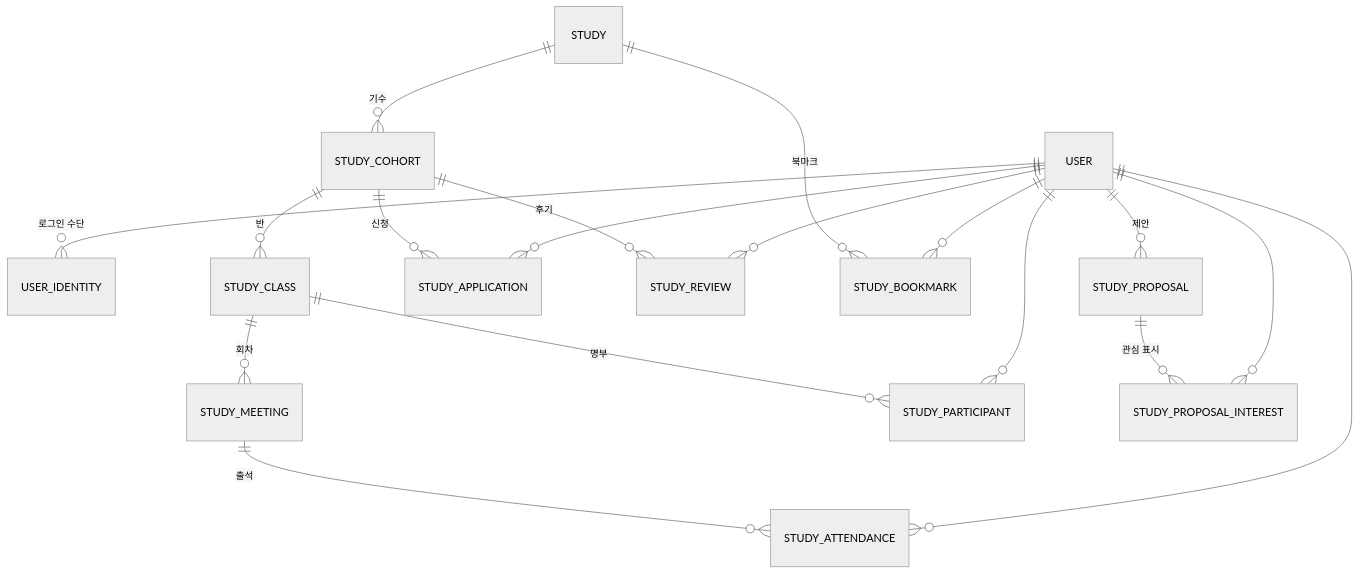
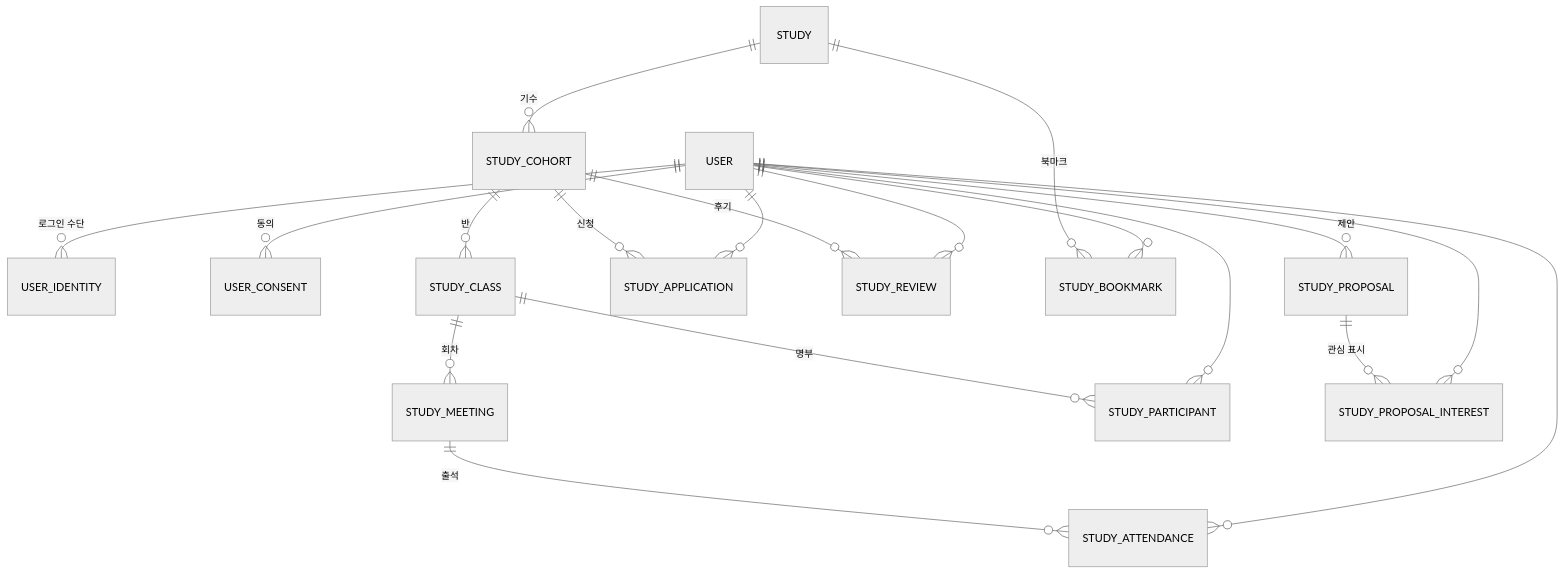
The first of 2 diagrams in docs/erd/README.md (StudyClub-PlusPlus/studyclub-engineering), drawn with Mermaid (neutral theme) before and after one commit. The commit also changed other lines of this file and 3 other files, not shown here.

Commit message:
커뮤니티 스쿼드 회의 결정사안 ERD 수정완료

````diff
--- a/docs/erd/README.md
+++ b/docs/erd/README.md
@@ -42,20 +42,21 @@
 ```mermaid
 erDiagram
   USER ||--o{ USER_IDENTITY : "로그인 수단"
+  USER ||--o{ USER_CONSENT : "동의"
   STUDY ||--o{ STUDY_COHORT : "기수"
   STUDY_COHORT ||--o{ STUDY_CLASS : "반"
   STUDY_CLASS ||--o{ STUDY_MEETING : "회차"
   STUDY_MEETING ||--o{ STUDY_ATTENDANCE : "출석"
   USER ||--o{ STUDY_ATTENDANCE : ""
   STUDY_COHORT ||--o{ STUDY_APPLICATION : "신청"
   USER ||--o{ STUDY_APPLICATION : ""
   STUDY_CLASS ||--o{ STUDY_PARTICIPANT : "명부"
   USER ||--o{ STUDY_PARTICIPANT : ""
   STUDY_COHORT ||--o{ STUDY_REVIEW : "후기"
   USER ||--o{ STUDY_REVIEW : ""
   STUDY ||--o{ STUDY_BOOKMARK : "북마크"
   USER ||--o{ STUDY_BOOKMARK : ""
   USER ||--o{ STUDY_PROPOSAL : "제안"
   STUDY_PROPOSAL ||--o{ STUDY_PROPOSAL_INTEREST : "관심 표시"
   USER ||--o{ STUDY_PROPOSAL_INTEREST : ""
 ```
````
